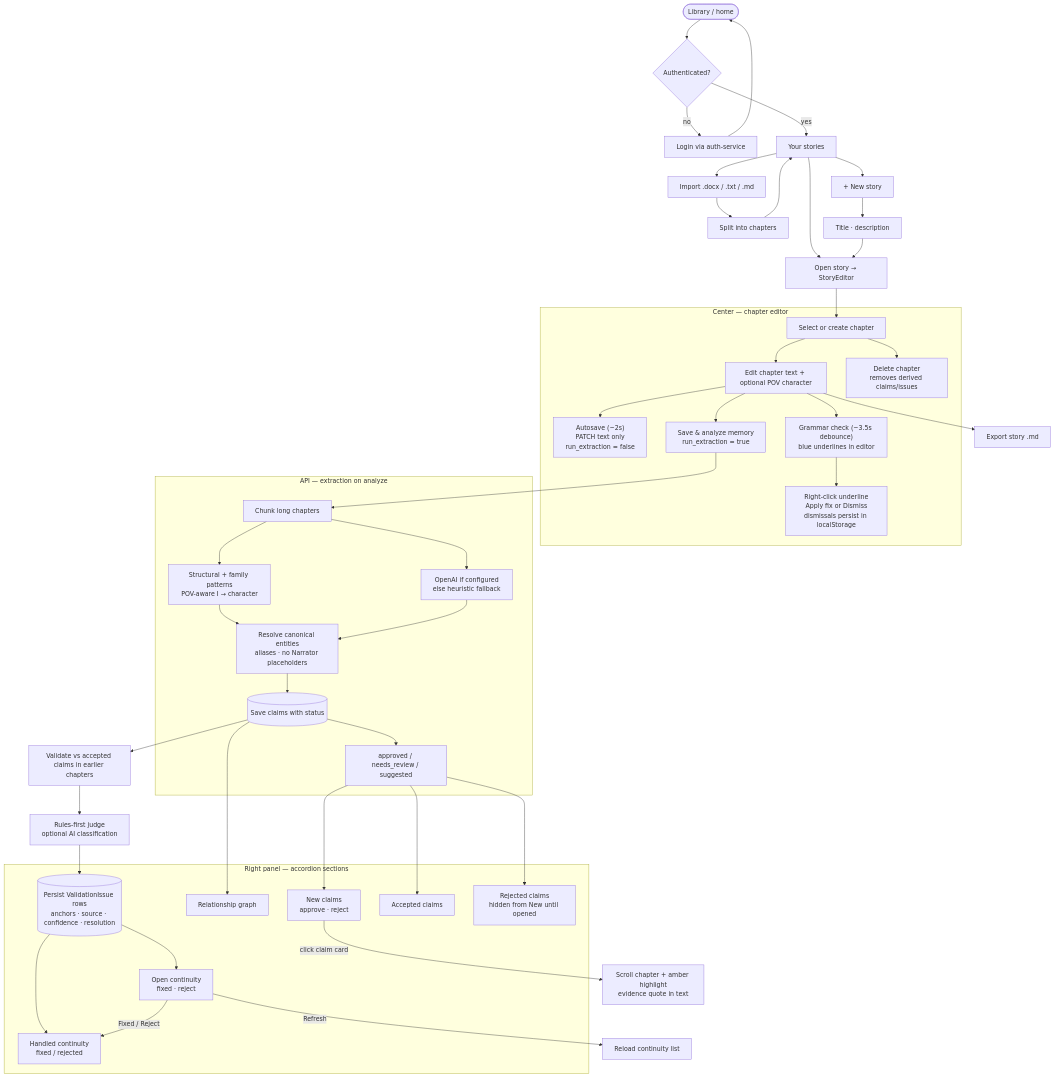
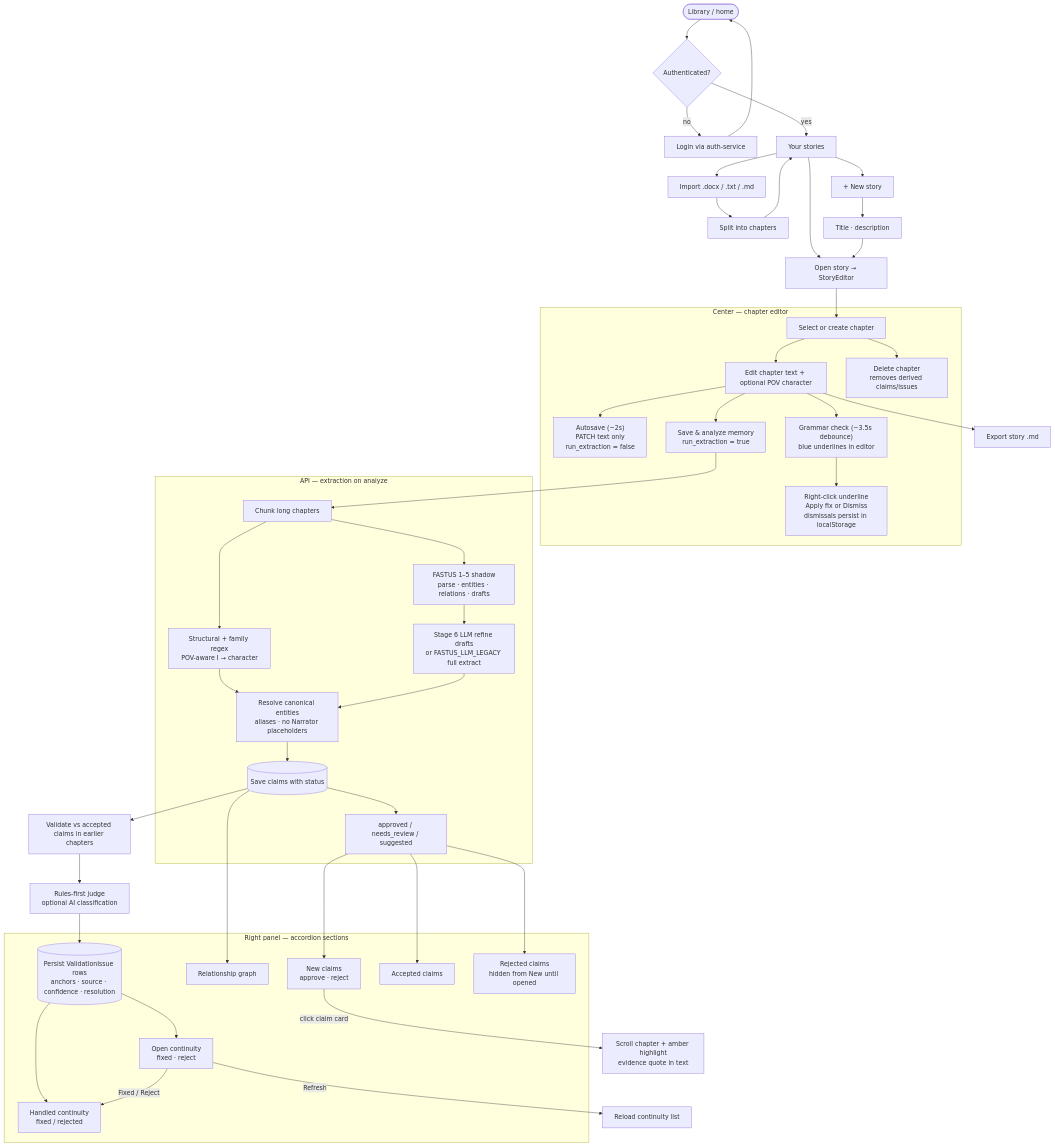
The second of 3 diagrams in README.md (niharika06oct/inferStories), drawn with Mermaid before and after one commit. The commit also changed other lines of this file and 67 other files, not shown here.

First line of the commit message:
Ship FASTUS stages 0–9 and document LLM integration options.

````diff
--- a/README.md
+++ b/README.md
@@ -239,54 +271,55 @@
 ```mermaid
 flowchart TD
     Start([Library / home]) --> SignIn{Authenticated?}
     SignIn -->|no| Login[Login via auth-service]
     Login --> Start
     SignIn -->|yes| Hub[Your stories]
 
     Hub --> NewStory[+ New story]
     Hub --> Import[Import .docx / .txt / .md]
     Hub --> OpenStory[Open story → StoryEditor]
 
     Import --> Split[Split into chapters] --> Hub
     NewStory --> Meta[Title · description] --> OpenStory
 
     OpenStory --> PickChapter[Select or create chapter]
 
     subgraph Center["Center — chapter editor"]
         PickChapter --> Write[Edit chapter text + optional POV character]
         Write --> Autosave["Autosave (~2s)<br/>PATCH text only<br/>run_extraction = false"]
         Write --> Grammar["Grammar check (~3.5s debounce)<br/>blue underlines in editor"]
         Grammar --> RCMenu["Right-click underline<br/>Apply fix or Dismiss<br/>dismissals persist in localStorage"]
         PickChapter --> DeleteChapter["Delete chapter<br/>removes derived claims/issues"]
         Write --> Analyze["Save & analyze memory<br/>run_extraction = true"]
     end
 
     subgraph Extract["API — extraction on analyze"]
         Analyze --> Chunk[Chunk long chapters]
-        Chunk --> Structural[Structural + family patterns<br/>POV-aware I → character]
-        Chunk --> LLM[OpenAI if configured<br/>else heuristic fallback]
+        Chunk --> Fastus[FASTUS 1–5 shadow<br/>parse · entities · relations · drafts]
+        Chunk --> Structural[Structural + family regex<br/>POV-aware I → character]
+        Fastus --> LLM[Stage 6 LLM refine drafts<br/>or FASTUS_LLM_LEGACY full extract]
         Structural --> Registry[Resolve canonical entities<br/>aliases · no Narrator placeholders]
         LLM --> Registry
         Registry --> StoreClaims[(Save claims with status)]
         StoreClaims --> Confidence["approved / needs_review / suggested"]
     end
 
     StoreClaims --> Validate[Validate vs accepted claims in earlier chapters]
     Validate --> Judge[Rules-first judge<br/>optional AI classification]
     Judge --> StoreIssues[(Persist ValidationIssue rows<br/>anchors · source · confidence · resolution)]
 
     subgraph Right["Right panel — accordion sections"]
         StoreIssues --> Cont["Open continuity<br/>fixed · reject"]
         StoreIssues --> Handled["Handled continuity<br/>fixed / rejected"]
         StoreClaims --> Graph["Relationship graph"]
         Confidence --> NewC["New claims<br/>approve · reject"]
         Confidence --> Acc["Accepted claims"]
         Confidence --> Rej["Rejected claims<br/>hidden from New until opened"]
     end
 
     NewC -->|click claim card| Jump[Scroll chapter + amber highlight<br/>evidence quote in text]
     Cont -->|Refresh| Poll[Reload continuity list]
     Cont -->|Fixed / Reject| Handled
 
     Write --> ExportMd[Export story .md]
 ```
````
